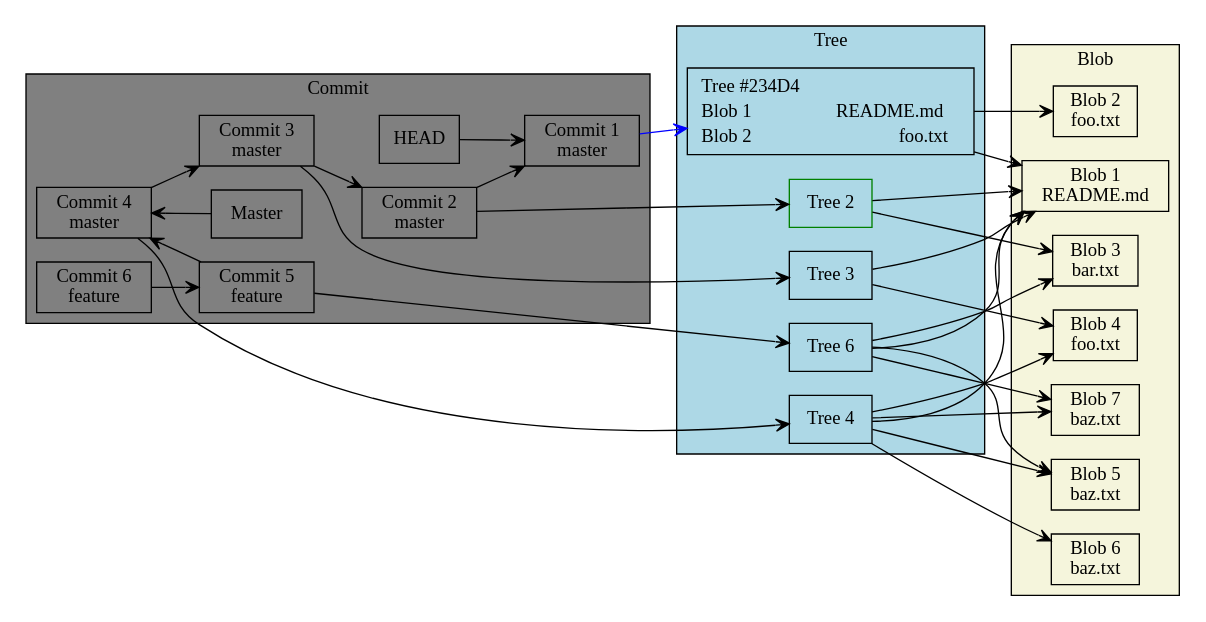
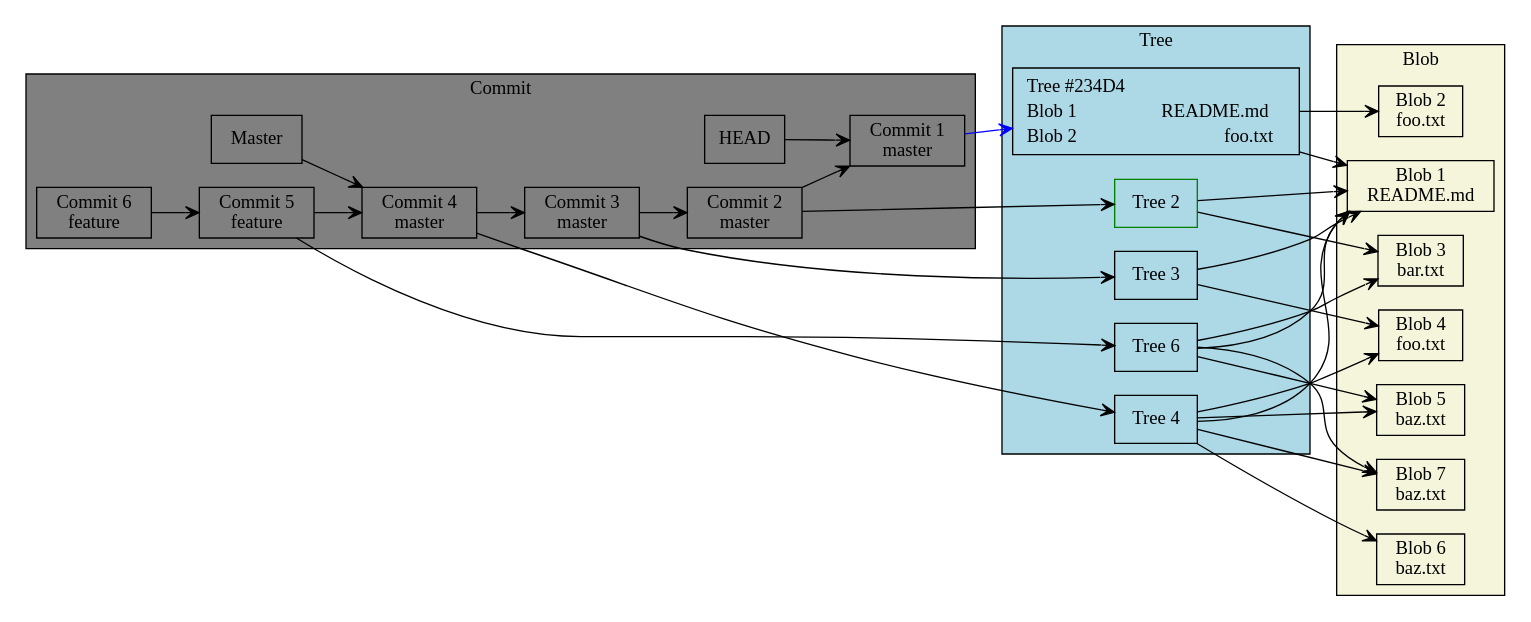
Before and after one commit to troflog/git_blob_graph: the diagram in test.dot, drawn with Graphviz. The commit also changed 4 other files, not shown here.

```diff
--- a/test.dot
+++ b/test.dot
@@ -1,98 +1,95 @@
 digraph git {
   rankdir=LR;
   node [shape=box];
   edge [arrowhead=vee];
 
   // Subgraphs
   subgraph cluster_commit {
     label = "Commit";
     fillcolor = grey;
-    style = filled;
-    rankdir=TB;
+    style = filled;    
     C1 [label="Commit 1\nmaster"]
     C2 [label="Commit 2\nmaster"]
     C3 [label="Commit 3\nmaster"]
     C4 [label="Commit 4\nmaster"]
     C5 [label="Commit 5\nfeature"]
     C6 [label="Commit 6\nfeature"]
     H[label="HEAD"];
-    M[label="Master"];
-    {rank=max C1}
-    {rank=min C4}
+    M[label="Master"];   
   }
 
   subgraph cluster_tree {
     label = "Tree";
     fillcolor = lightblue
     style = filled
     T1 [label=<
   
     <TABLE BORDER="0" CELLSPACING="0" >
       <TR>
         <TD ALIGN="LEFT">Tree #234D4</TD>
       </TR>
       <TR>
         <TD ALIGN="LEFT" >Blob 1</TD>
         <TD ALIGN="RIGHT" >README.md</TD>
       </TR>
       <TR>
         <TD ALIGN="LEFT" BGCOLOR="lightblue">Blob 2</TD>
         <TD ALIGN="RIGHT" >foo.txt</TD>
       </TR>
      
     </TABLE>
   >,color =black ];
     T2 [label="Tree 2" color=green];
     T3 [label="Tree 3"];
     T4 [label="Tree 4"];
     T5 [label="Tree 5"];
     T5 [label="Tree 6"];
 
   
   }
 
   subgraph cluster_blob {
     label = "Blob";
     fillcolor = beige;
     style = filled;
     B1 [label="Blob 1\nREADME.md"];
     B2 [label="Blob 2\nfoo.txt"];
     B3 [label="Blob 3\nbar.txt"];
     B4 [label="Blob 4\nfoo.txt"];
     B5 [label="Blob 5\nbaz.txt"];
     B6 [label="Blob 6\nbaz.txt"];
     B7 [label="Blob 7\nbaz.txt"];
   }
 
   // Edges
   C1 -> T1 [color = "blue"];
   C2 -> T2;
   C3 -> T3;
   C4 -> T4;
   C5 -> T5;
 
   T1 -> B1;
   T1 -> B2;
   T2 -> B1;
   T2 -> B3;
   T3 -> B1;
   T3 -> B4;
   T4 -> B1;
   T4 -> B4;
   T4 -> B5;
   T5 -> B1;
   T5 -> B3;
   T5 -> B5;
   T4 -> B6;
   T4 -> B7;
   T5 -> B7;
 
   H -> C1
 
   M -> C4
   C2 -> C1;
   C3 -> C2;
   C4 -> C3;
   C5 -> C4;
   C6 -> C5;
 }
```
